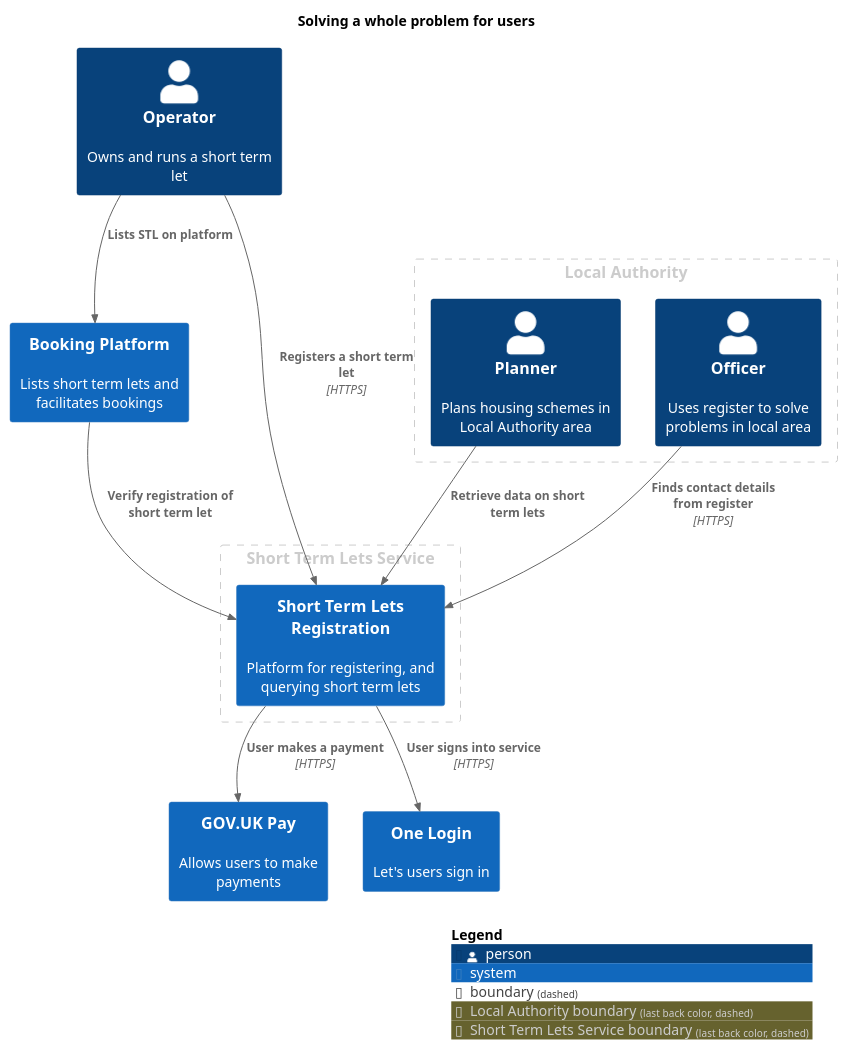
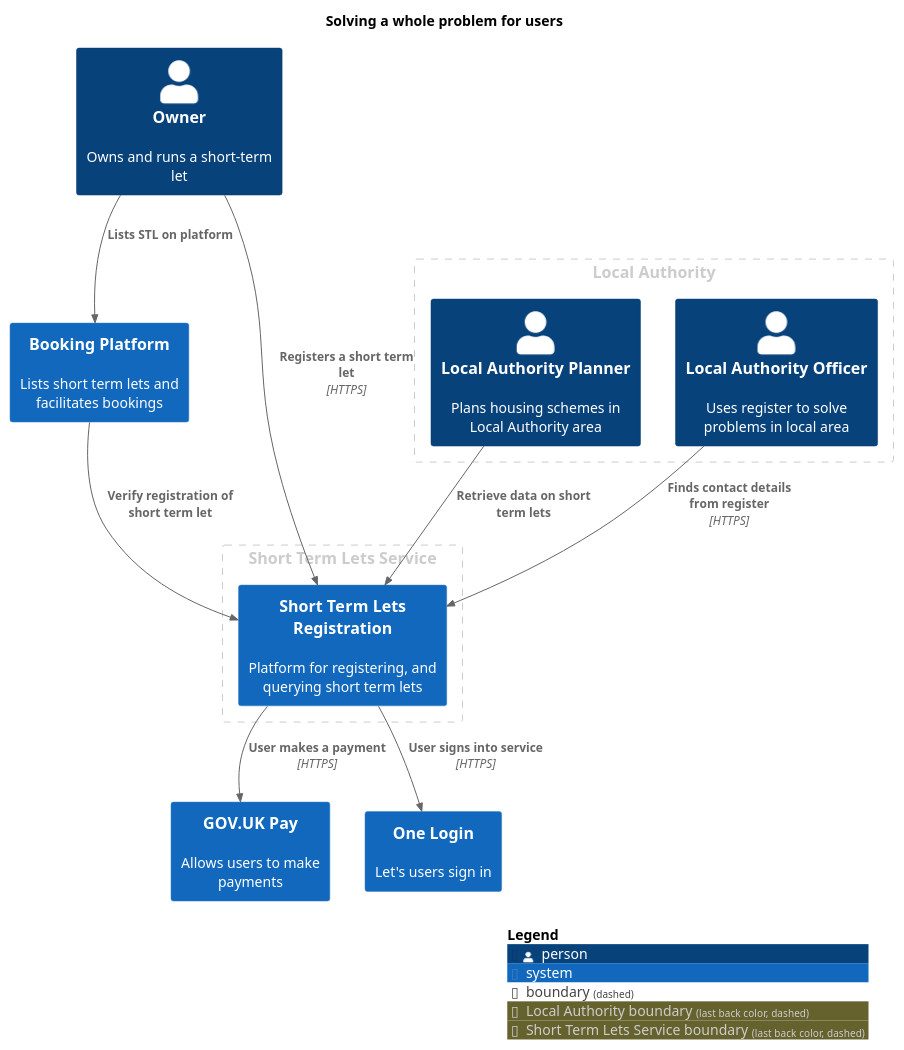
The diagram in main/puml/wholeProblem.puml (DCMSstats/stl-architecture), drawn with PlantUML before and after one commit. The commit also changed 31 other files, not shown here.

Commit message:
Deploying to gh-pages from @ DCMSstats/stl-architecture@d7b07be5cb18ef19973a0aa8ba81d756dac66542 🚀

```diff
--- a/main/puml/wholeProblem.puml
+++ b/main/puml/wholeProblem.puml
@@ -1,35 +1,35 @@
 @startuml
 set separator none
 title Solving a whole problem for users
 
 top to bottom direction
 
 !include <C4/C4>
 !include <C4/C4_Context>
 
 AddBoundaryTag("Local Authority", $borderColor="#cccccc", $fontColor="#cccccc", $borderStyle="dashed")
 Boundary(group_1, "Local Authority", $tags="Local Authority") {
-  Person(Planner, "Planner", $descr="Plans housing schemes in Local Authority area", $tags="", $link="")
-  Person(Officer, "Officer", $descr="Uses register to solve problems in local area", $tags="", $link="")
+  Person(LocalAuthorityPlanner, "Local Authority Planner", $descr="Plans housing schemes in Local Authority area", $tags="", $link="")
+  Person(LocalAuthorityOfficer, "Local Authority Officer", $descr="Uses register to solve problems in local area", $tags="", $link="")
 }
 
 AddBoundaryTag("Short Term Lets Service", $borderColor="#cccccc", $fontColor="#cccccc", $borderStyle="dashed")
 Boundary(group_2, "Short Term Lets Service", $tags="Short Term Lets Service") {
   System(ShortTermLetsRegistration, "Short Term Lets Registration", $descr="Platform for registering, and querying short term lets", $tags="", $link="")
 }
 
-Person(Operator, "Operator", $descr="Owns and runs a short term let", $tags="", $link="")
+Person(Owner, "Owner", $descr="Owns and runs a short-term let", $tags="", $link="")
 System(BookingPlatform, "Booking Platform", $descr="Lists short term lets and facilitates bookings", $tags="", $link="")
 System(GOVUKPay, "GOV.UK Pay", $descr="Allows users to make payments", $tags="", $link="")
 System(OneLogin, "One Login", $descr="Let's users sign in", $tags="", $link="")
 
-Rel(Operator, BookingPlatform, "Lists STL on platform", $techn="", $tags="", $link="")
+Rel(Owner, BookingPlatform, "Lists STL on platform", $techn="", $tags="", $link="")
 Rel(BookingPlatform, ShortTermLetsRegistration, "Verify registration of short term let", $techn="", $tags="", $link="")
-Rel(Planner, ShortTermLetsRegistration, "Retrieve data on short term lets", $techn="", $tags="", $link="")
-Rel(Operator, ShortTermLetsRegistration, "Registers a short term let", $techn="HTTPS", $tags="", $link="")
-Rel(Officer, ShortTermLetsRegistration, "Finds contact details from register", $techn="HTTPS", $tags="", $link="")
+Rel(LocalAuthorityPlanner, ShortTermLetsRegistration, "Retrieve data on short term lets", $techn="", $tags="", $link="")
+Rel(Owner, ShortTermLetsRegistration, "Registers a short term let", $techn="HTTPS", $tags="", $link="")
+Rel(LocalAuthorityOfficer, ShortTermLetsRegistration, "Finds contact details from register", $techn="HTTPS", $tags="", $link="")
 Rel(ShortTermLetsRegistration, GOVUKPay, "User makes a payment", $techn="HTTPS", $tags="", $link="")
 Rel(ShortTermLetsRegistration, OneLogin, "User signs into service", $techn="HTTPS", $tags="", $link="")
 
 SHOW_LEGEND(true)
 @enduml
```
